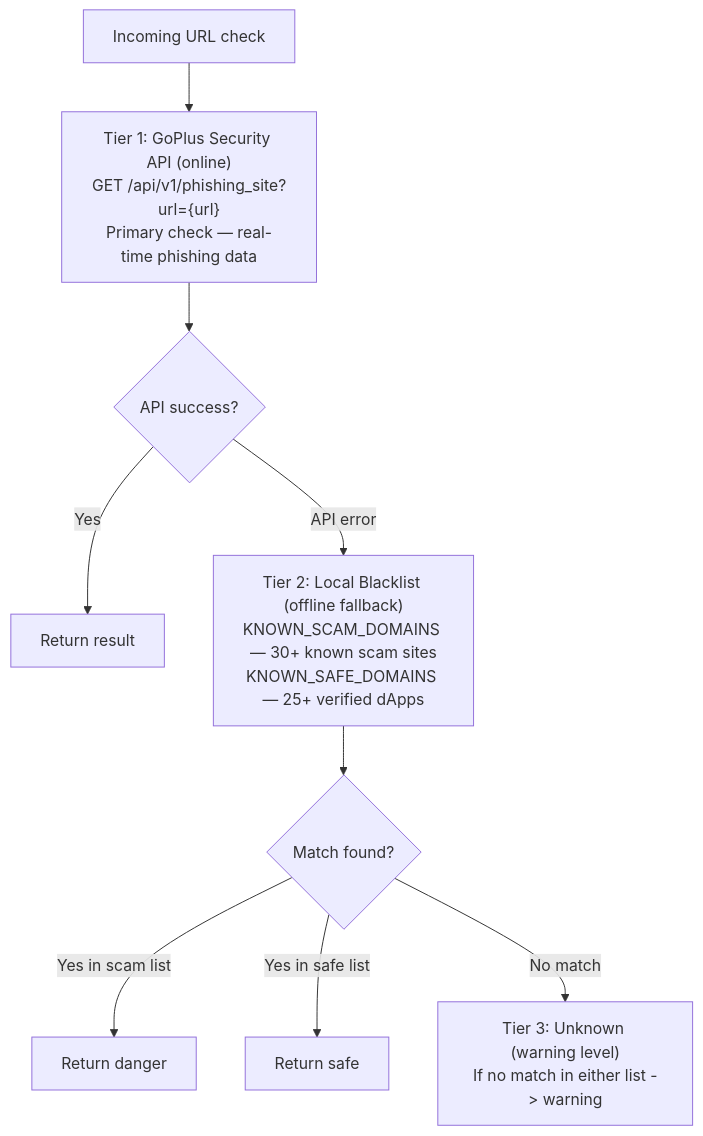
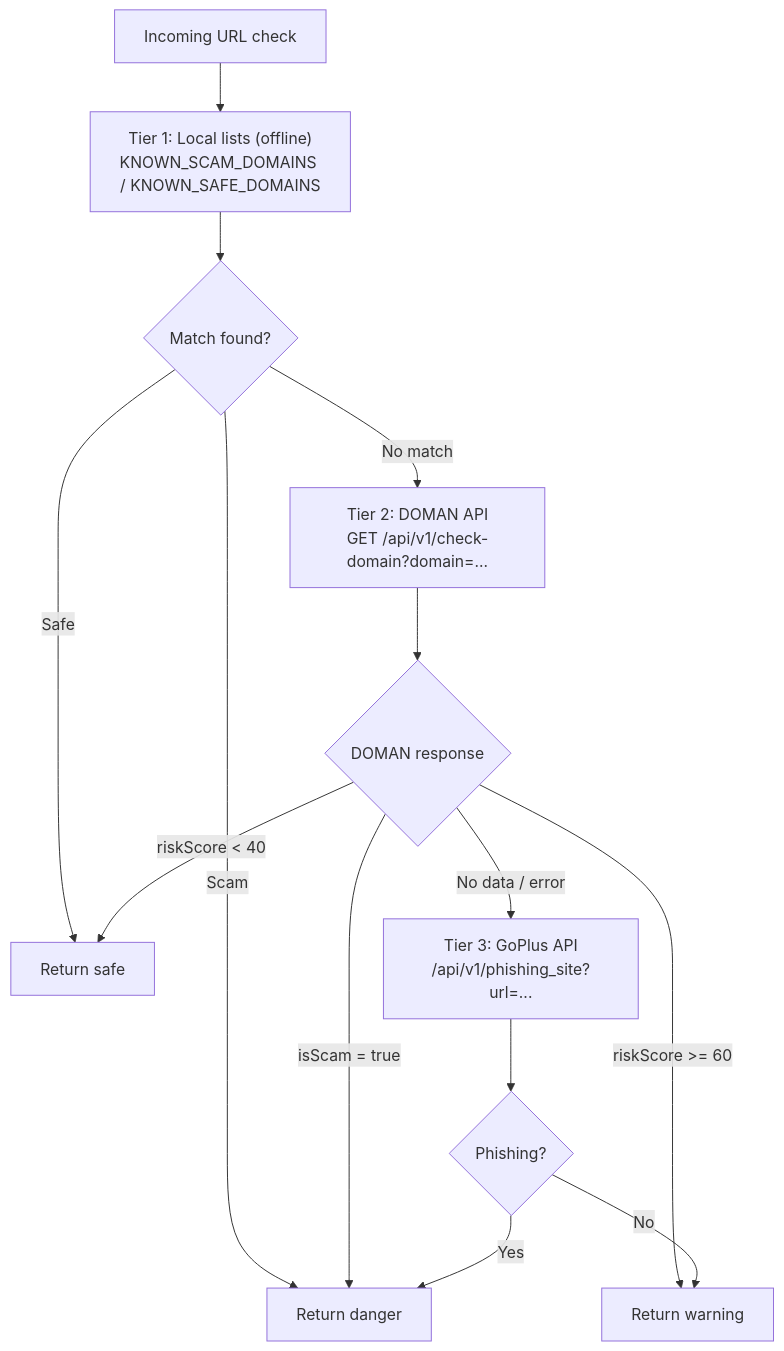
The diagram in docs/extension/security.md (domanprotocol/docs), drawn with Mermaid before and after one commit. The commit also changed other lines of this file and 6 other files, not shown here.

````diff
--- a/docs/extension/security.md
+++ b/docs/extension/security.md
@@ -12,11 +12,16 @@
 ```mermaid
 flowchart TD
-    A["Incoming URL check"] --> B["Tier 1: GoPlus Security API (online)<br/>GET /api/v1/phishing_site?url={url}<br/>Primary check — real-time phishing data"]
-    B --> C{API success?}
-    C -->|Yes| D["Return result"]
-    C -->|API error| E["Tier 2: Local Blacklist (offline fallback)<br/>KNOWN_SCAM_DOMAINS — 30+ known scam sites<br/>KNOWN_SAFE_DOMAINS — 25+ verified dApps"]
-    E --> F{Match found?}
-    F -->|Yes in scam list| G["Return danger"]
-    F -->|Yes in safe list| H["Return safe"]
-    F -->|No match| I["Tier 3: Unknown (warning level)<br/>If no match in either list -> warning"]
+    A["Incoming URL check"] --> B["Tier 1: Local lists (offline)<br/>KNOWN_SCAM_DOMAINS / KNOWN_SAFE_DOMAINS"]
+    B --> C{Match found?}
+    C -->|Scam| D["Return danger"]
+    C -->|Safe| E["Return safe"]
+    C -->|No match| F["Tier 2: DOMAN API<br/>GET /api/v1/check-domain?domain=..."]
+    F --> G{DOMAN response}
+    G -->|isScam = true| D
+    G -->|riskScore < 40| E
+    G -->|riskScore >= 60| H["Return warning"]
+    G -->|No data / error| I["Tier 3: GoPlus API<br/>/api/v1/phishing_site?url=..."]
+    I --> J{Phishing?}
+    J -->|Yes| D
+    J -->|No| H
 ```
````
